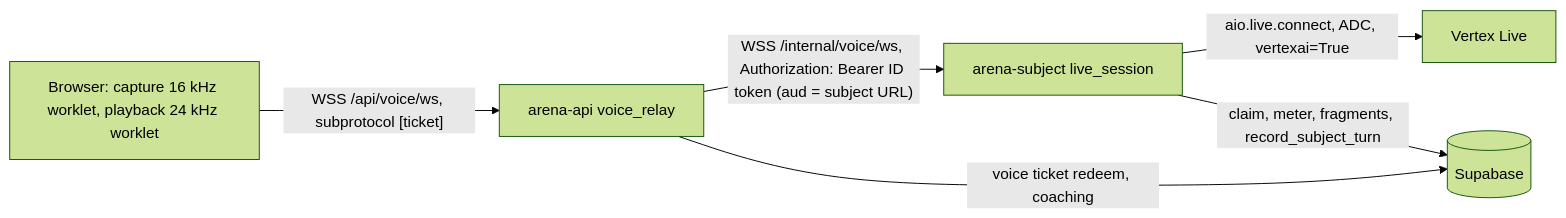
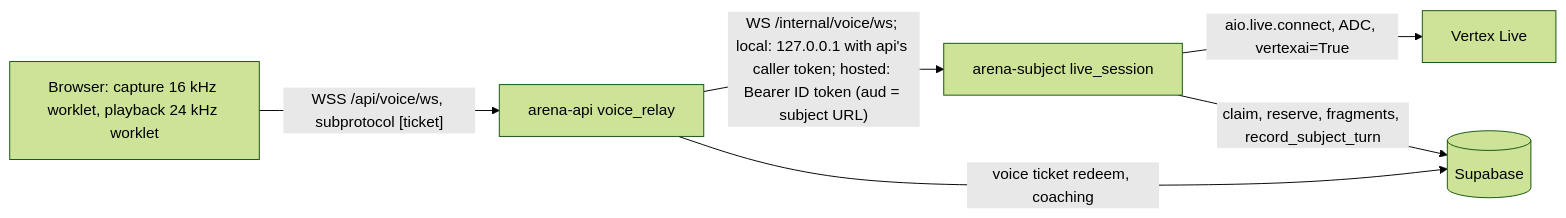
Before and after one commit to bbsatvik01/unissant_agentic_training_arena: the second of 2 diagrams in docs/spec/S5-backend-and-lift.md, drawn with Mermaid (forest theme). The commit also changed other lines of this file and 14 other files, not shown here.

````diff
--- a/docs/spec/S5-backend-and-lift.md
+++ b/docs/spec/S5-backend-and-lift.md
@@ -550,8 +693,8 @@
 ```mermaid
 flowchart LR
   B[Browser: capture 16 kHz worklet, playback 24 kHz worklet] -- "WSS /api/voice/ws, subprotocol [ticket]" --> A[arena-api voice_relay]
-  A -- "WSS /internal/voice/ws, Authorization: Bearer ID token (aud = subject URL)" --> S[arena-subject live_session]
+  A -- "WS /internal/voice/ws; local: 127.0.0.1 with api's caller token; hosted: Bearer ID token (aud = subject URL)" --> S[arena-subject live_session]
   S -- "aio.live.connect, ADC, vertexai=True" --> L[Vertex Live]
-  S -- "claim, meter, fragments, record_subject_turn" --> DB[(Supabase)]
+  S -- "claim, reserve, fragments, record_subject_turn" --> DB[(Supabase)]
   A -- "voice ticket redeem, coaching" --> DB
 ```
````
